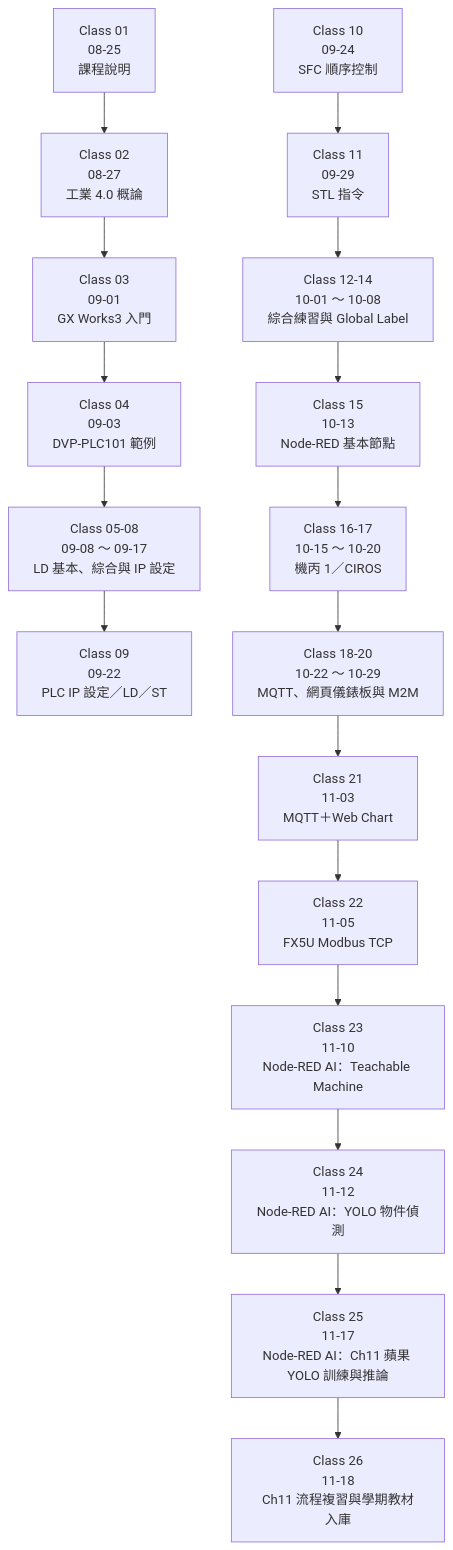
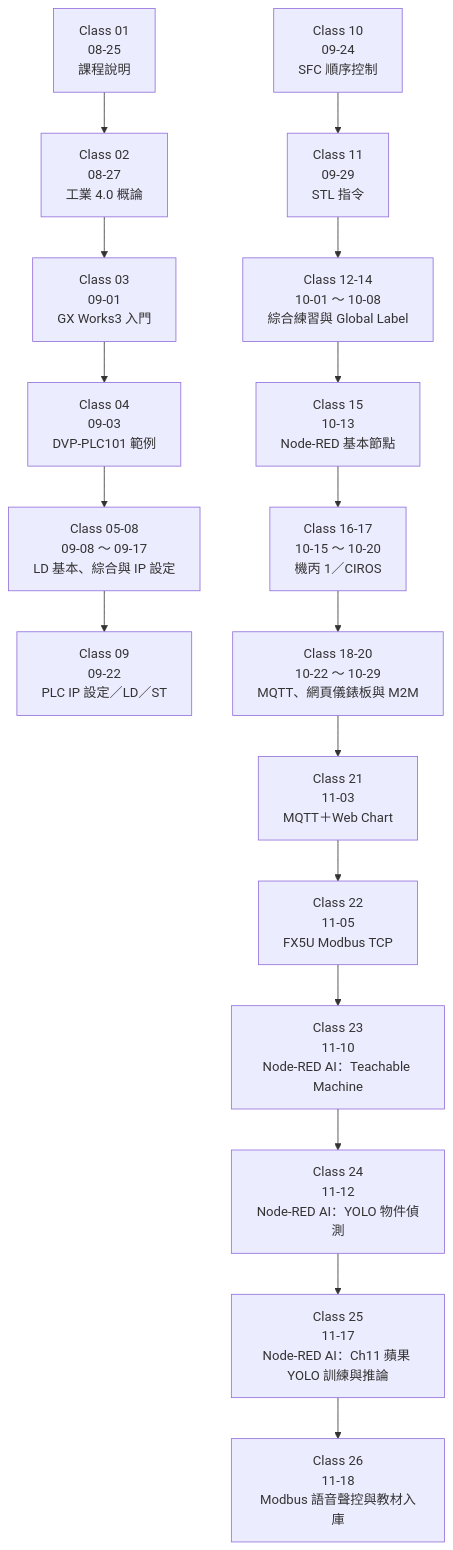
One commit to yd7148/INDUSTRY-4.0 changed the first of 3 diagrams in docs/COURSE-MAP.md. Above: the diagram before and after it, drawn with Mermaid. The commit also changed other lines of this file and 3 other files, not shown here.

````diff
--- a/docs/COURSE-MAP.md
+++ b/docs/COURSE-MAP.md
@@ -10,19 +10,19 @@
 ```mermaid
 flowchart TD
     A["Class 01<br/>08-25<br/>課程說明"] --> B["Class 02<br/>08-27<br/>工業 4.0 概論"]
     B --> C["Class 03<br/>09-01<br/>GX Works3 入門"]
     C --> D["Class 04<br/>09-03<br/>DVP-PLC101 範例"]
     D --> E["Class 05-08<br/>09-08 ～ 09-17<br/>LD 基本、綜合與 IP 設定"]
     E --> F["Class 09<br/>09-22<br/>PLC IP 設定／LD／ST"]
     G["Class 10<br/>09-24<br/>SFC 順序控制"] --> H["Class 11<br/>09-29<br/>STL 指令"]
     H --> I["Class 12-14<br/>10-01 ～ 10-08<br/>綜合練習與 Global Label"]
     I --> J["Class 15<br/>10-13<br/>Node-RED 基本節點"]
     J --> K["Class 16-17<br/>10-15 ～ 10-20<br/>機丙 1／CIROS"]
     K --> L["Class 18-20<br/>10-22 ～ 10-29<br/>MQTT、網頁儀錶板與 M2M"]
     L --> M["Class 21<br/>11-03<br/>MQTT＋Web Chart"]
     M --> N["Class 22<br/>11-05<br/>FX5U Modbus TCP"]
     N --> O["Class 23<br/>11-10<br/>Node-RED AI：Teachable Machine"]
     O --> P["Class 24<br/>11-12<br/>Node-RED AI：YOLO 物件偵測"]
     P --> Q["Class 25<br/>11-17<br/>Node-RED AI：Ch11 蘋果 YOLO 訓練與推論"]
-    Q --> R["Class 26<br/>11-18<br/>Ch11 流程複習與學期教材入庫"]
+    Q --> R["Class 26<br/>11-18<br/>Modbus 語音聲控與教材入庫"]
 ```
````
